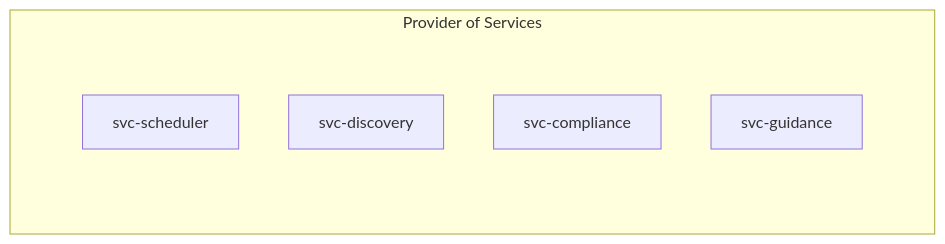
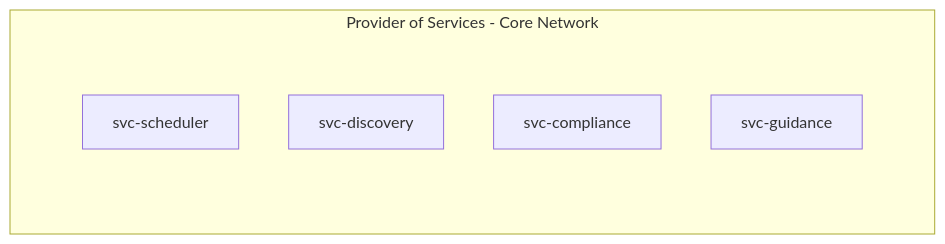
One commit to aetheric-oss/se-services changed the first of 6 diagrams in docs/conops.md. Above: the diagram before and after it, drawn with Mermaid. The commit also changed other lines of this file and 4 other files, not shown here.

````diff
--- a/docs/conops.md
+++ b/docs/conops.md
@@ -40,15 +75,15 @@
 ```mermaid
 graph TB
 classDef subgraph_padding fill:none,stroke:none
 
-subgraph Provider of Services
+subgraph psu [Provider of Services - Core Network]
     subgraph p [ ]
         scheduler[svc-scheduler]
         discover[svc-discovery]
         com[svc-compliance]
         guid[svc-guidance]
     end
 end
 
 class p subgraph_padding
 ```
````
